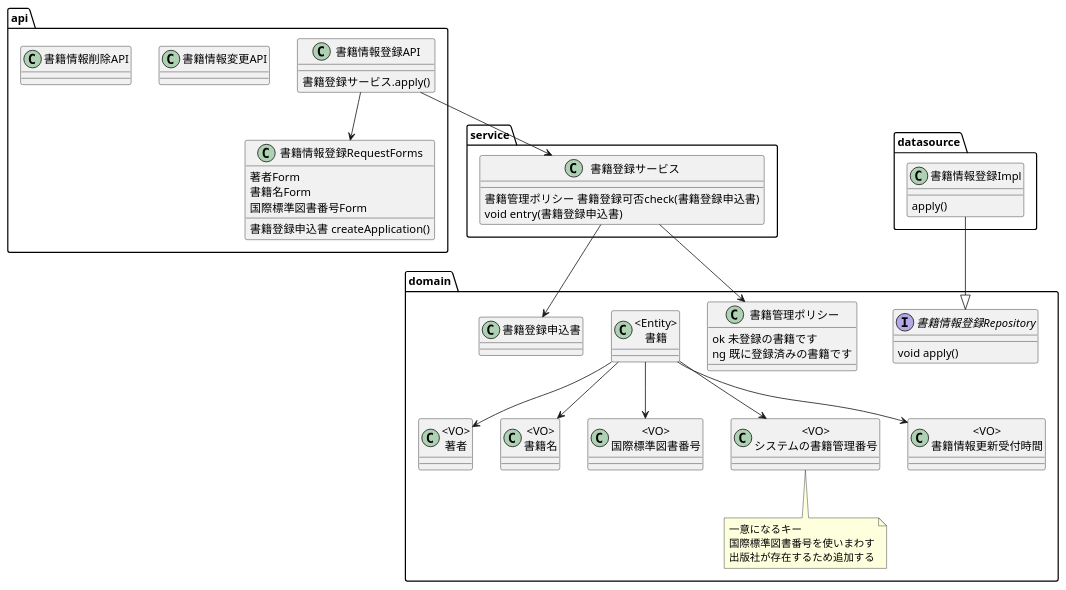
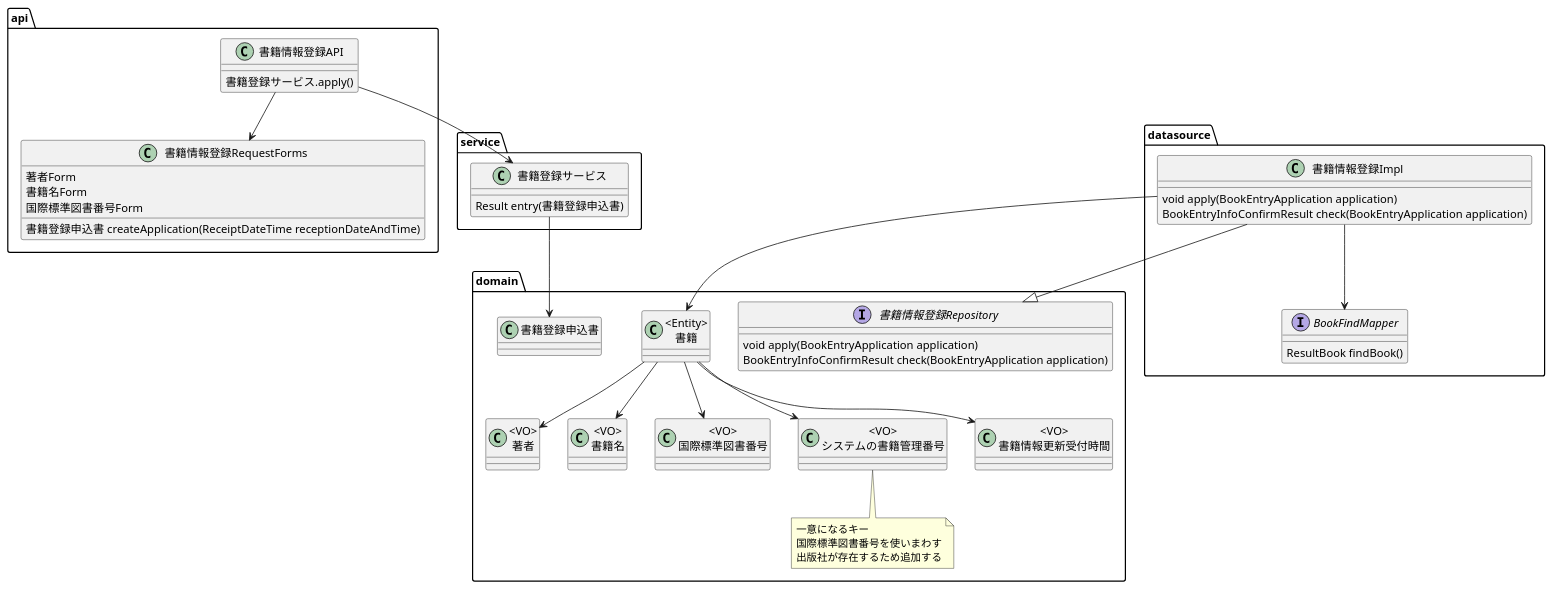
Before and after one commit to ichinohe-r/book-management-system: the diagram in document/model.puml, drawn with PlantUML. The commit also changed 1 other file, not shown here.

```diff
--- a/document/model.puml
+++ b/document/model.puml
@@ -1,90 +1,87 @@
 @startuml
 
 package api{
     class 書籍情報登録API{
         書籍登録サービス.apply()
     }
 
     class 書籍情報登録RequestForms{
         著者Form
         書籍名Form
         国際標準図書番号Form
 
-        書籍登録申込書 createApplication()
-    }
-
-    class 書籍情報変更API{
-    }
-
-    class 書籍情報削除API{
+        書籍登録申込書 createApplication(ReceiptDateTime receptionDateAndTime)
     }
 }
 
 package service{
     class 書籍登録サービス{
-        書籍管理ポリシー 書籍登録可否check(書籍登録申込書)
-        void entry(書籍登録申込書)
+        Result entry(書籍登録申込書)
     }
 }
 
 
 package domain{
 
     class 書籍登録申込書{
     }
 
-    class 書籍管理ポリシー {
-        ok 未登録の書籍です
-        ng 既に登録済みの書籍です
-    }
 
     class "<Entity>\n書籍" as 書籍{
     }
 
     class "<VO>\n著者" as 著者{
     }
 
     class "<VO>\n書籍名" as 書籍名{
     }
 
     class "<VO>\n国際標準図書番号" as 国際標準図書番号{
     }
 
     class "<VO>\nシステムの書籍管理番号" as システムの書籍管理番号{
     }
     note bottom
     一意になるキー
     国際標準図書番号を使いまわす
     出版社が存在するため追加する
     end note
 
     class "<VO>\n書籍情報更新受付時間" as 書籍情報更新受付時間{
     }
 
     interface 書籍情報登録Repository{
-        void apply()
+        void apply(BookEntryApplication application)
+        BookEntryInfoConfirmResult check(BookEntryApplication application)
     }
 }
 
 
 package datasource{
 
     class 書籍情報登録Impl{
-        apply()
+        void apply(BookEntryApplication application)
+        BookEntryInfoConfirmResult check(BookEntryApplication application)
+    }
+
+    interface BookFindMapper{
+        ResultBook findBook()
     }
 }
 
 
 書籍 --> 著者
 書籍 --> 書籍名
 書籍 --> 国際標準図書番号
 書籍 --> システムの書籍管理番号
 書籍 --> 書籍情報更新受付時間
 
 書籍情報登録API --> 書籍登録サービス
 書籍登録サービス --> 書籍登録申込書
 
 書籍情報登録API --> 書籍情報登録RequestForms
 書籍情報登録Impl --|> 書籍情報登録Repository
-書籍登録サービス --> 書籍管理ポリシー
+
+書籍情報登録Impl --> BookFindMapper
+書籍情報登録Impl --> 書籍
 @enduml
```
